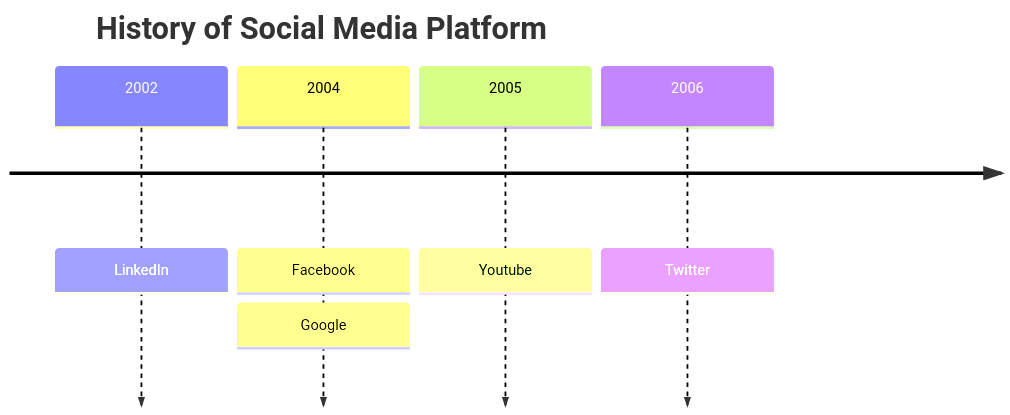
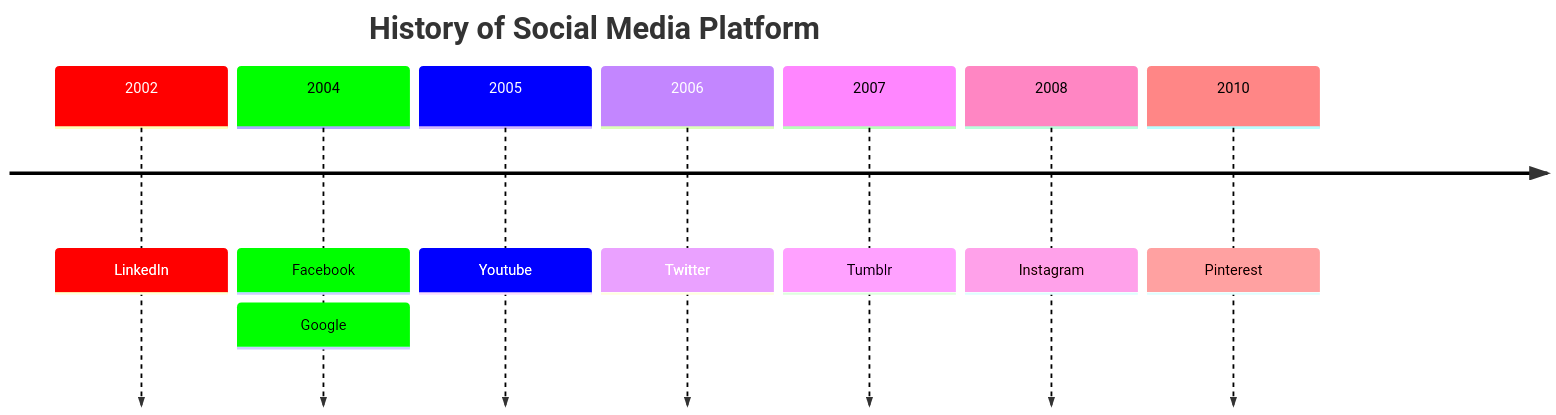
The diagram in seconde/Web/Reperes_historiques.md (boddaert/snt), drawn with Mermaid before and after one commit.

````diff
--- a/seconde/Web/Reperes_historiques.md
+++ b/seconde/Web/Reperes_historiques.md
@@ -17,9 +17,16 @@
 ```mermaid
-timeline
-    title History of Social Media Platform
-    2002 : LinkedIn
-    2004 : Facebook
-         : Google
-    2005 : Youtube
-    2006 : Twitter
+%%{init: { 'logLevel': 'debug', 'theme': 'default' , 'themeVariables': {
+              'cScale0': '#ff0000', 'cScaleLabel0': '#ffffff',
+              'cScale1': '#00ff00',
+              'cScale2': '#0000ff', 'cScaleLabel2': '#ffffff'
+       } } }%%
+       timeline
+        title History of Social Media Platform
+          2002 : LinkedIn
+          2004 : Facebook : Google
+          2005 : Youtube
+          2006 : Twitter
+          2007 : Tumblr
+          2008 : Instagram
+          2010 : Pinterest
 ```
````
